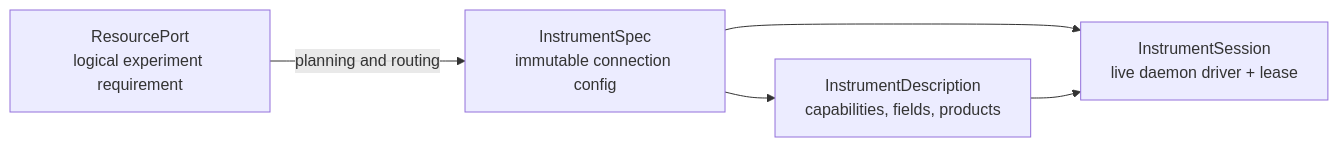
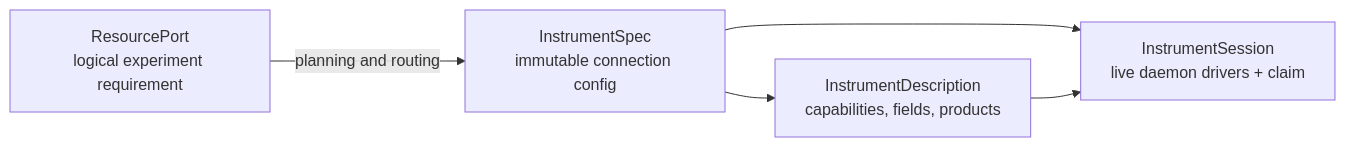
One commit to kahojyun/scopecat changed the diagram in docs/instrument-control.md. Above: the diagram before and after it, drawn with Mermaid. The commit also changed other lines of this file and 25 other files, not shown here.

Commit message:
refactor: make instrument sessions daemon-owned

````diff
--- a/docs/instrument-control.md
+++ b/docs/instrument-control.md
@@ -15,12 +15,12 @@
 ```mermaid
 flowchart LR
     C["InstrumentSpec<br/>immutable connection config"]
     D["InstrumentDescription<br/>capabilities, fields, products"]
-    S["InstrumentSession<br/>live daemon driver + lease"]
+    S["InstrumentSession<br/>live daemon drivers + claim"]
     R["ResourcePort<br/>logical experiment requirement"]
 
     C --> D
     C --> S
     D --> S
     R -->|"planning and routing"| C
 ```
````
